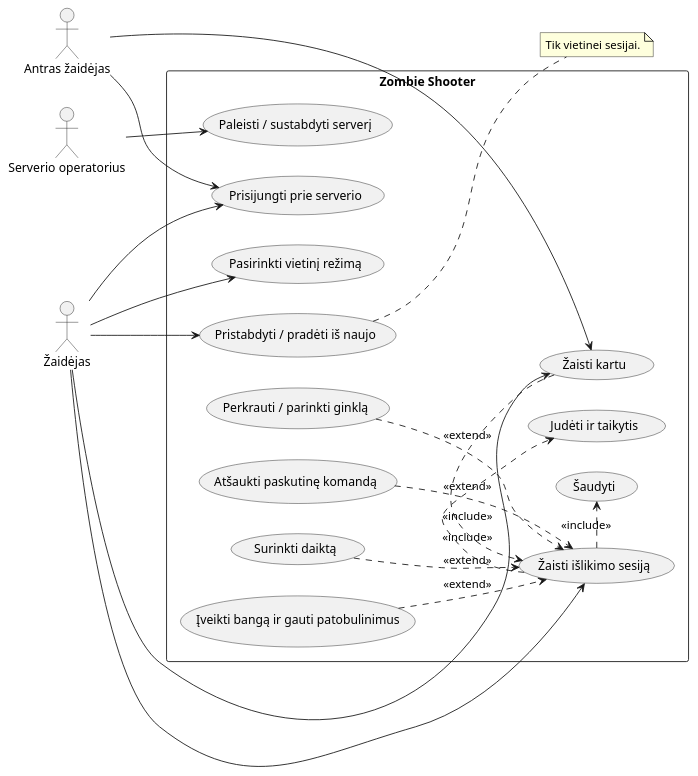
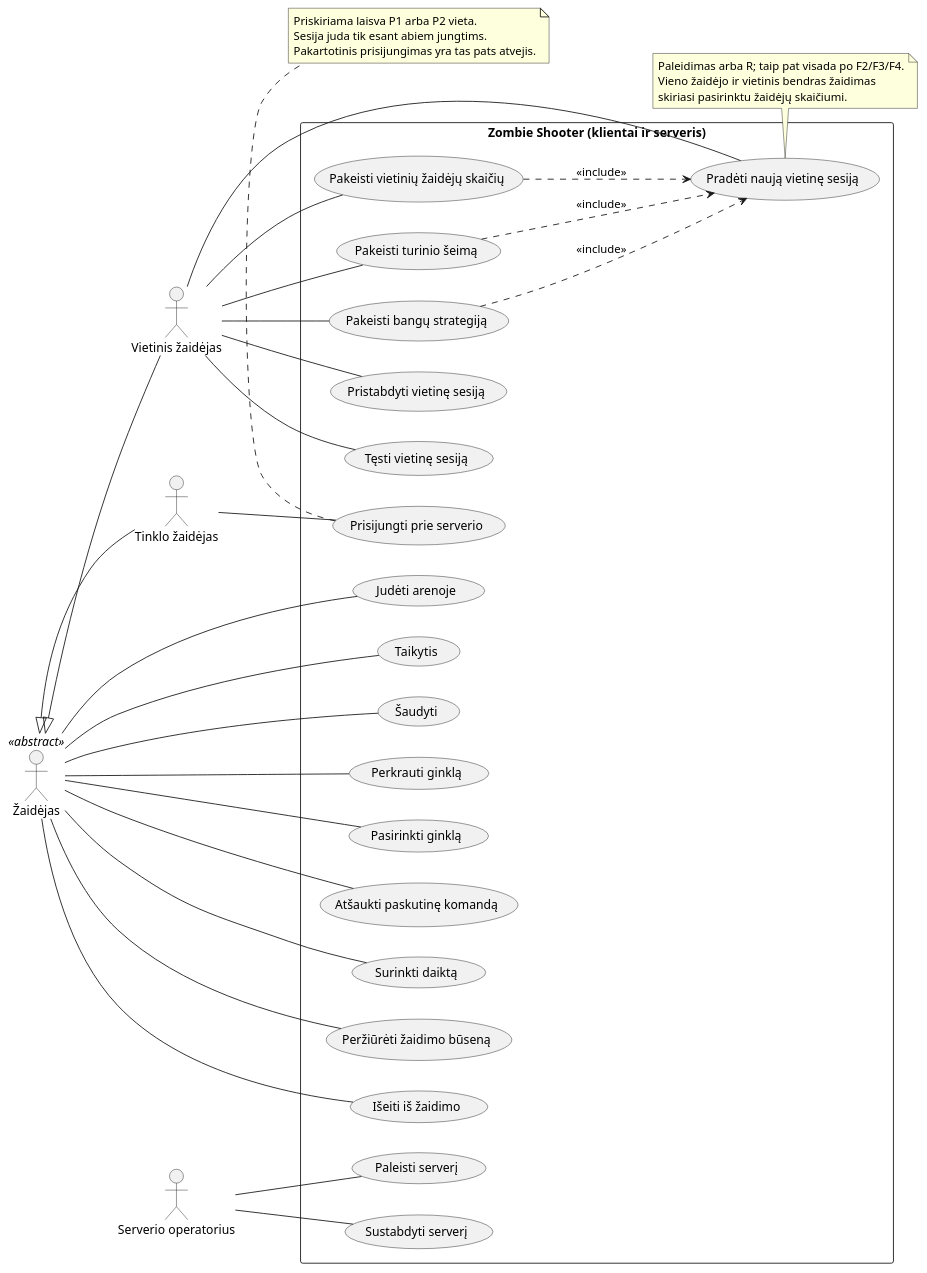
The first of 7 diagrams in docs/PROJEKTO_APRASAS.md (JuozasPetryla/ZombieShooter), drawn with PlantUML before and after one commit. The commit also changed other lines of this file and 5 other files, not shown here.

Commit message:
UML and shit

````diff
--- a/docs/PROJEKTO_APRASAS.md
+++ b/docs/PROJEKTO_APRASAS.md
@@ -217,40 +221,63 @@
 ```plantuml
 @startuml
 left to right direction
-actor "Žaidėjas" as Player
-actor "Antras žaidėjas" as Partner
+skinparam packageStyle rectangle
+actor "Žaidėjas" as Player <<abstract>>
+actor "Vietinis žaidėjas" as Local
+actor "Tinklo žaidėjas" as Remote
 actor "Serverio operatorius" as Operator
-rectangle "Zombie Shooter" {
-  usecase "Žaisti išlikimo sesiją" as Play
-  usecase "Judėti ir taikytis" as Move
+Player <|-- Local
+Player <|-- Remote
+rectangle "Zombie Shooter (klientai ir serveris)" {
+  usecase "Judėti arenoje" as Move
+  usecase "Taikytis" as Aim
   usecase "Šaudyti" as Fire
-  usecase "Perkrauti / parinkti ginklą" as Weapon
+  usecase "Perkrauti ginklą" as Reload
+  usecase "Pasirinkti ginklą" as SelectWeapon
   usecase "Atšaukti paskutinę komandą" as Undo
   usecase "Surinkti daiktą" as Pickup
-  usecase "Įveikti bangą ir gauti patobulinimus" as Wave
-  usecase "Pasirinkti vietinį režimą" as Mode
-  usecase "Pristabdyti / pradėti iš naujo" as Pause
+  usecase "Peržiūrėti žaidimo būseną" as Status
+  usecase "Išeiti iš žaidimo" as Exit
+  usecase "Pradėti naują vietinę sesiją" as NewSession
+  usecase "Pakeisti vietinių žaidėjų skaičių" as Players
+  usecase "Pakeisti turinio šeimą" as Family
+  usecase "Pakeisti bangų strategiją" as Mode
+  usecase "Pristabdyti vietinę sesiją" as Pause
+  usecase "Tęsti vietinę sesiją" as Resume
   usecase "Prisijungti prie serverio" as Join
-  usecase "Žaisti kartu" as Coop
-  usecase "Paleisti / sustabdyti serverį" as Host
+  usecase "Paleisti serverį" as StartServer
+  usecase "Sustabdyti serverį" as StopServer
 }
-Player --> Play
-Player --> Mode
-Player --> Pause
-Player --> Join
-Player --> Coop
-Partner --> Coop
-Partner --> Join
-Operator --> Host
-Play .> Move : <<include>>
-Play .> Fire : <<include>>
-Weapon ..> Play : <<extend>>
-Undo ..> Play : <<extend>>
-Pickup ..> Play : <<extend>>
-Wave ..> Play : <<extend>>
-Coop .> Play : <<include>>
-note right of Pause
-Tik vietinei sesijai.
+Player -- Move
+Player -- Aim
+Player -- Fire
+Player -- Reload
+Player -- SelectWeapon
+Player -- Undo
+Player -- Pickup
+Player -- Status
+Player -- Exit
+Local -- NewSession
+Local -- Players
+Local -- Family
+Local -- Mode
+Local -- Pause
+Local -- Resume
+Remote -- Join
+Operator -- StartServer
+Operator -- StopServer
+Players ..> NewSession : <<include>>
+Family ..> NewSession : <<include>>
+Mode ..> NewSession : <<include>>
+note bottom of NewSession
+Paleidimas arba R; taip pat visada po F2/F3/F4.
+Vieno žaidėjo ir vietinis bendras žaidimas
+skiriasi pasirinktu žaidėjų skaičiumi.
+end note
+note bottom of Join
+Priskiriama laisva P1 arba P2 vieta.
+Sesija juda tik esant abiem jungtims.
+Pakartotinis prisijungimas yra tas pats atvejis.
 end note
 @enduml
 ```
````
